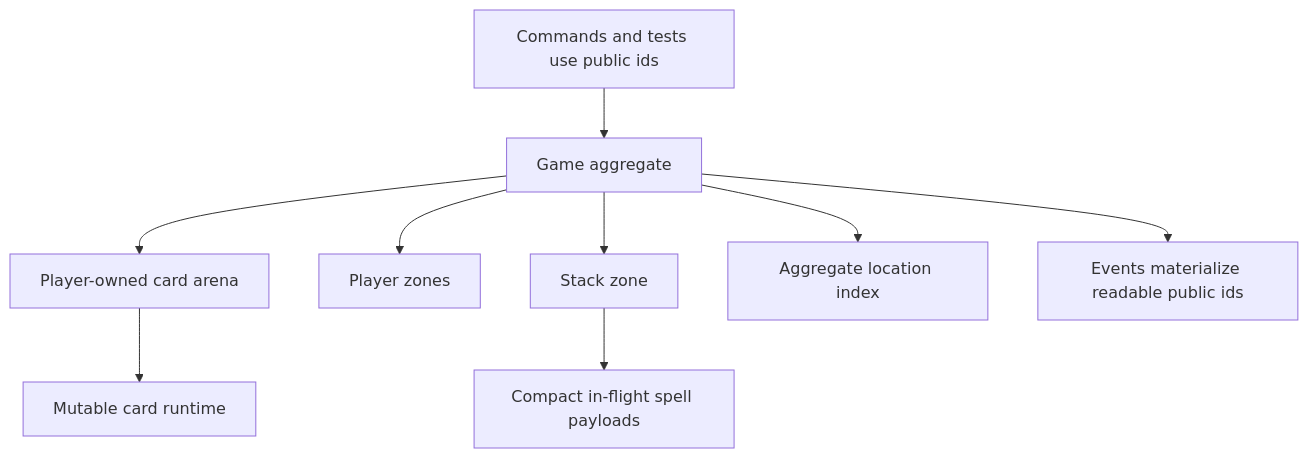
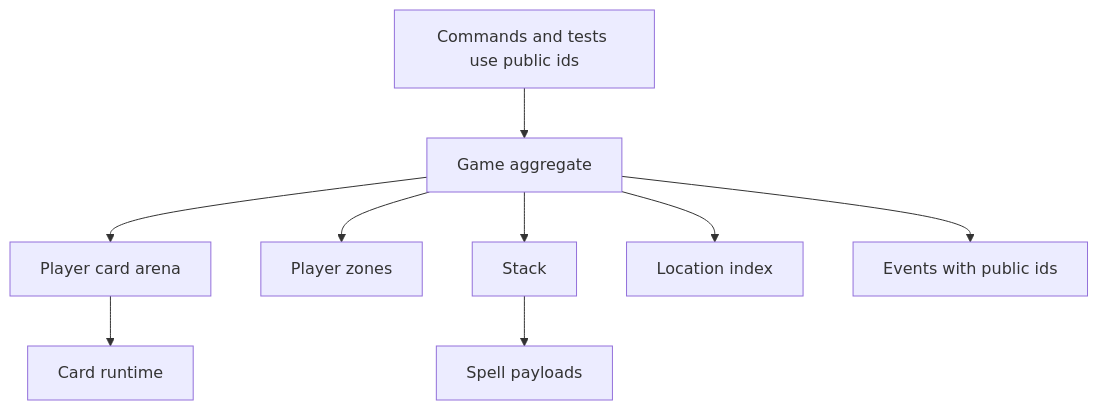
The first of 2 diagrams in docs/architecture/runtime-abstractions.md (AdriRRP/demonic-tutor), drawn with Mermaid before and after one commit. The commit also changed other lines of this file and 3 other files, not shown here.

Commit message:
docs(architecture): sync runtime closure guidance

````diff
--- a/docs/architecture/runtime-abstractions.md
+++ b/docs/architecture/runtime-abstractions.md
@@ -49,11 +49,11 @@
 ```mermaid
 flowchart TD
     A["Commands and tests use public ids"] --> B["Game aggregate"]
-    B --> C["Player-owned card arena"]
+    B --> C["Player card arena"]
     B --> D["Player zones"]
-    B --> E["Stack zone"]
-    B --> F["Aggregate location index"]
-    C --> G["Mutable card runtime"]
-    E --> H["Compact in-flight spell payloads"]
-    B --> I["Events materialize readable public ids"]
+    B --> E["Stack"]
+    B --> F["Location index"]
+    C --> G["Card runtime"]
+    E --> H["Spell payloads"]
+    B --> I["Events with public ids"]
 ```
````
